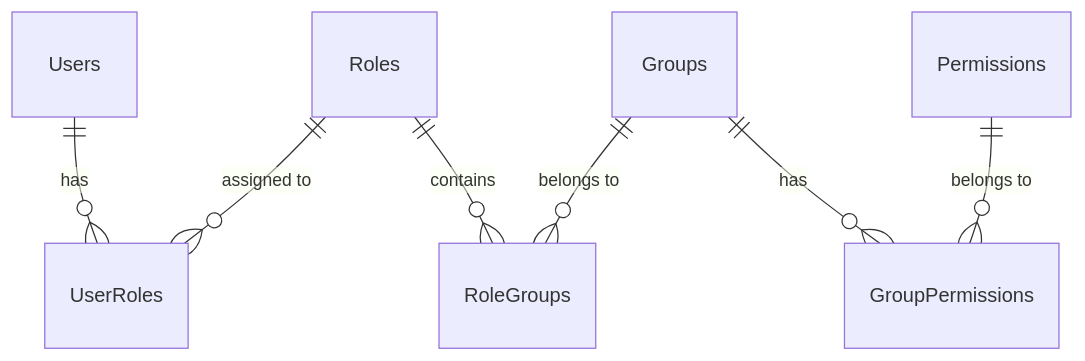
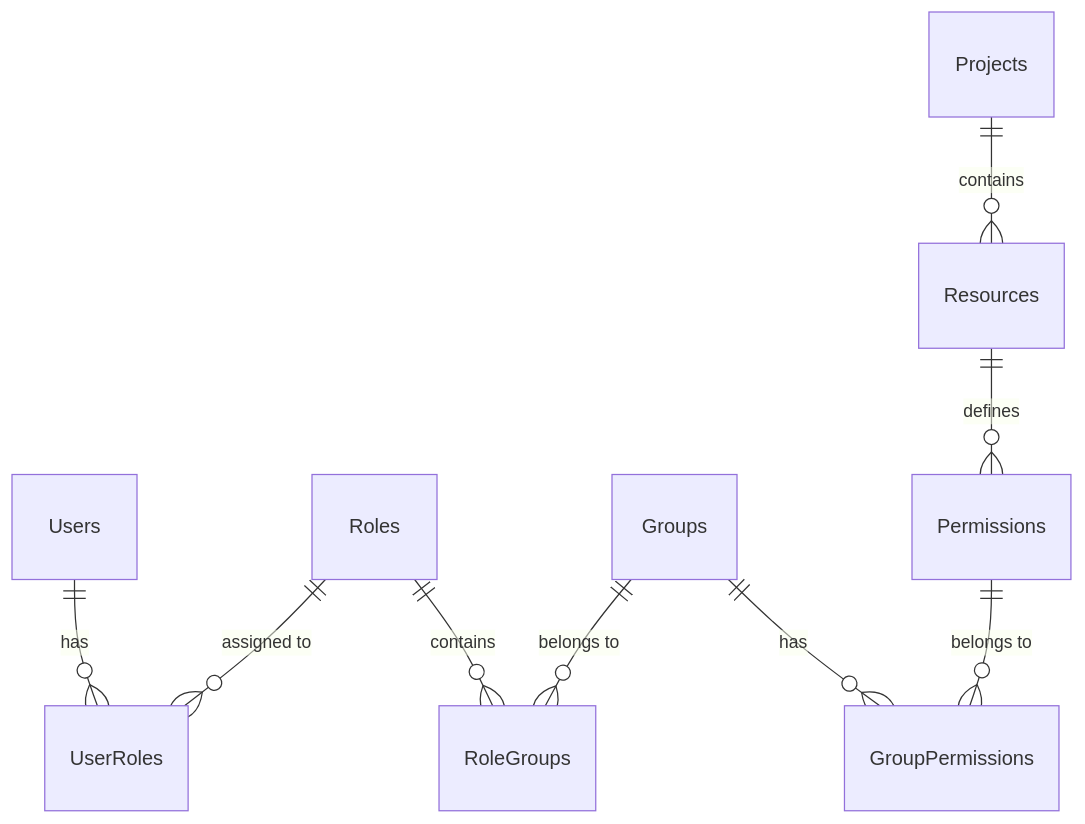
Before and after one commit to grant-js/grant: the fifth of 12 diagrams in docs/architecture/data-model.md, drawn with Mermaid. The commit also changed other lines of this file and 1791 other files, not shown here.

````diff
--- a/docs/architecture/data-model.md
+++ b/docs/architecture/data-model.md
@@ -94,9 +95,11 @@
 ```mermaid
 erDiagram
     Users ||--o{ UserRoles : "has"
     Roles ||--o{ UserRoles : "assigned to"
     Roles ||--o{ RoleGroups : "contains"
     Groups ||--o{ RoleGroups : "belongs to"
     Groups ||--o{ GroupPermissions : "has"
     Permissions ||--o{ GroupPermissions : "belongs to"
+    Resources ||--o{ Permissions : "defines"
+    Projects ||--o{ Resources : "contains"
 ```
````
